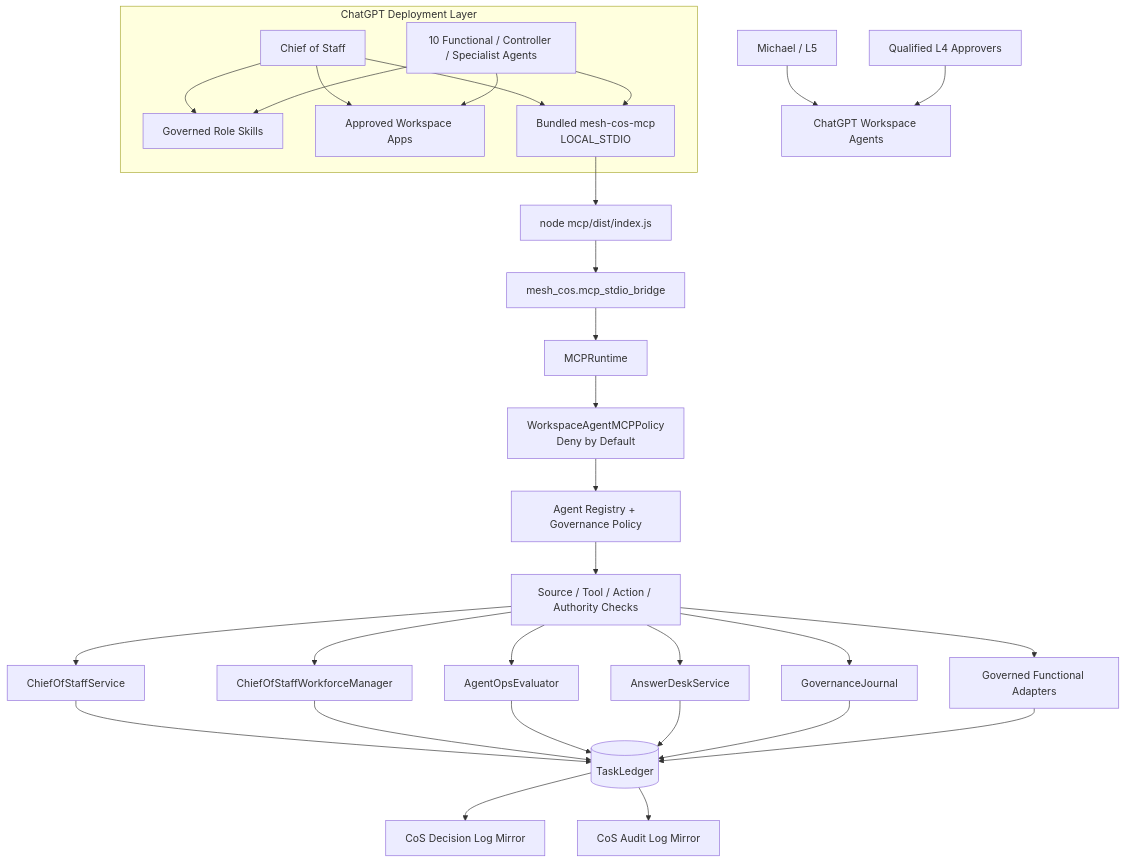
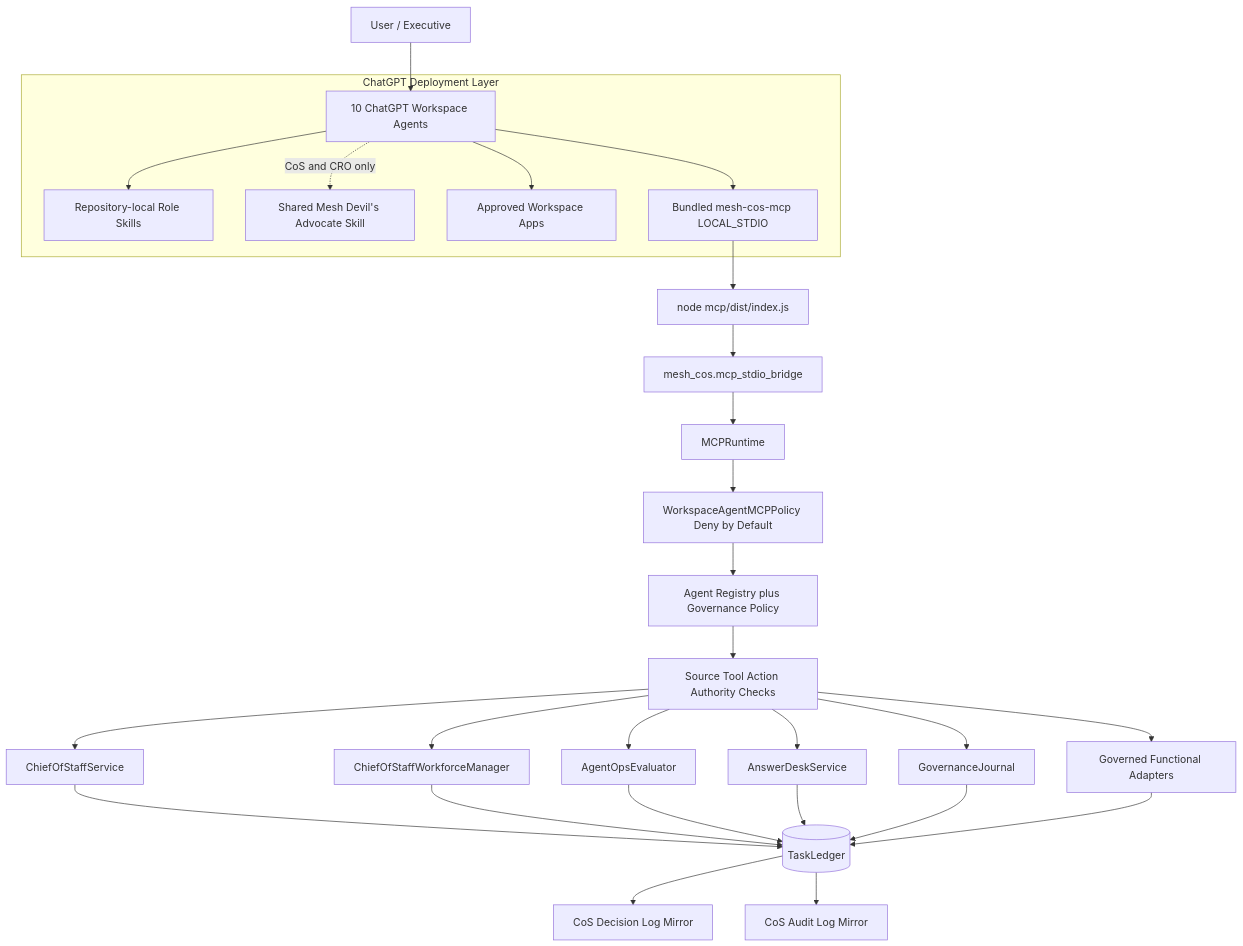
The second of 3 diagrams in docs/architecture.md (mkleinbe/mesh-ai-agent-cos-universe), drawn with Mermaid before and after one commit. The commit also changed other lines of this file, not shown here.

Commit message:
docs: refactor architecture to shared Devil's Advocate Skill

````diff
--- a/docs/architecture.md
+++ b/docs/architecture.md
@@ -11,41 +48,36 @@
 ```mermaid
 flowchart TB
-    CEO[Michael / L5] --> WA[ChatGPT Workspace Agents]
-    H[Qualified L4 Approvers] --> WA
+    EXEC[User / Executive] --> WA[10 ChatGPT Workspace Agents]
 
     subgraph CHATGPT[ChatGPT Deployment Layer]
-      COSWA[Chief of Staff]
-      FWA[10 Functional / Controller / Specialist Agents]
-      SK[Governed Role Skills]
+      ROLE[Repository-local Role Skills]
+      SHARED[Shared Mesh Devil's Advocate Skill]
       APPS[Approved Workspace Apps]
-      MCP[Bundled mesh-cos-mcp\nLOCAL_STDIO]
-      COSWA --> SK
-      FWA --> SK
-      COSWA --> APPS
-      FWA --> APPS
-      COSWA --> MCP
-      FWA --> MCP
+      MCP[Bundled mesh-cos-mcp LOCAL_STDIO]
+      WA --> ROLE
+      WA --> APPS
+      WA --> MCP
+      WA -. CoS and CRO only .-> SHARED
     end
 
     MCP --> NODE[node mcp/dist/index.js]
     NODE --> BRIDGE[mesh_cos.mcp_stdio_bridge]
     BRIDGE --> RT[MCPRuntime]
-    RT --> MCPPOL[WorkspaceAgentMCPPolicy\nDeny by Default]
-    MCPPOL --> REG[Agent Registry + Governance Policy]
-    REG --> AUTH[Source / Tool / Action / Authority Checks]
+    RT --> MCPPOL[WorkspaceAgentMCPPolicy Deny by Default]
+    MCPPOL --> REG[Agent Registry plus Governance Policy]
+    REG --> AUTH[Source Tool Action Authority Checks]
     AUTH --> COS[ChiefOfStaffService]
     AUTH --> WM[ChiefOfStaffWorkforceManager]
     AUTH --> AO[AgentOpsEvaluator]
     AUTH --> AD[AnswerDeskService]
     AUTH --> GOV[GovernanceJournal]
     AUTH --> FA[Governed Functional Adapters]
     COS --> LEDGER[(TaskLedger)]
     WM --> LEDGER
     AO --> LEDGER
     AD --> LEDGER
     GOV --> LEDGER
     FA --> LEDGER
-
     LEDGER --> DLOG[CoS Decision Log Mirror]
     LEDGER --> ALOG[CoS Audit Log Mirror]
 ```
````
